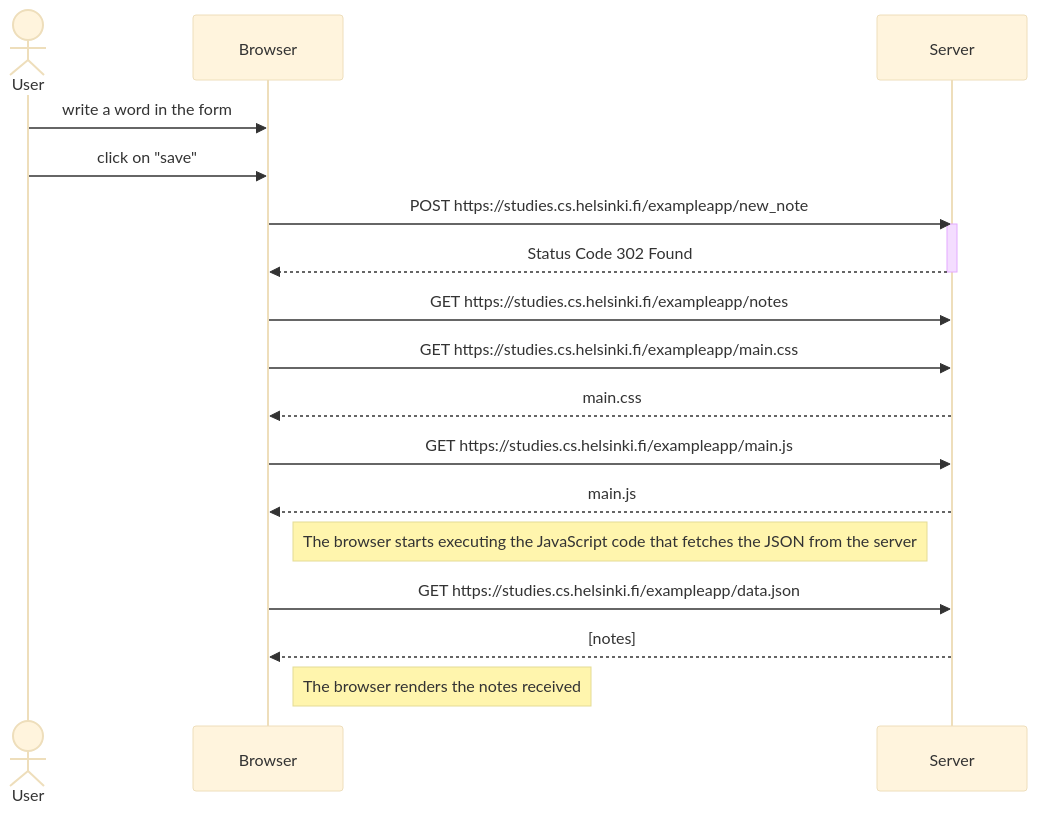
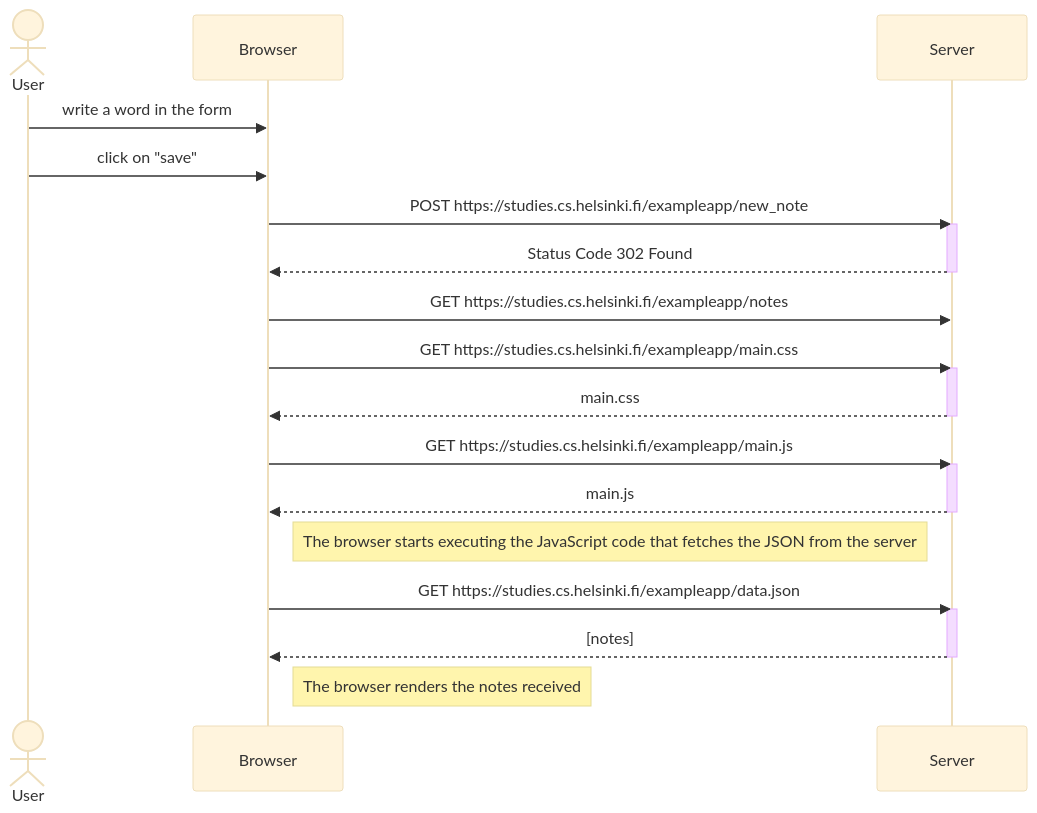
Before and after one commit to Blackleaf3416/Fullstackopen-part0: the diagram in diagram.md, drawn with Mermaid (base theme).

````diff
--- a/diagram.md
+++ b/diagram.md
@@ -1,21 +1,27 @@
 ```mermaid
 sequenceDiagram
 actor User
 participant Browser
 participant Server
 User->>Browser: write a word in the form
 User->>Browser: click on "save"
 Browser->>Server: POST https://studies.cs.helsinki.fi/exampleapp/new_note
 activate Server
 Server-->>Browser: Status Code 302 Found
 Deactivate Server
 Browser->>Server: GET https://studies.cs.helsinki.fi/exampleapp/notes
 Browser->>Server: GET https://studies.cs.helsinki.fi/exampleapp/main.css
+activate Server
 Server-->>Browser: main.css
+Deactivate Server
 Browser->>Server: GET https://studies.cs.helsinki.fi/exampleapp/main.js
+activate Server
 Server-->>Browser: main.js
+Deactivate Server
 Note right of Browser: The browser starts executing the JavaScript code that fetches the JSON from the server
 Browser->>Server: GET https://studies.cs.helsinki.fi/exampleapp/data.json
+activate Server
 Server-->>Browser: [notes]
+Deactivate Server
 Note right of Browser: The browser renders the notes received
 ```
````
